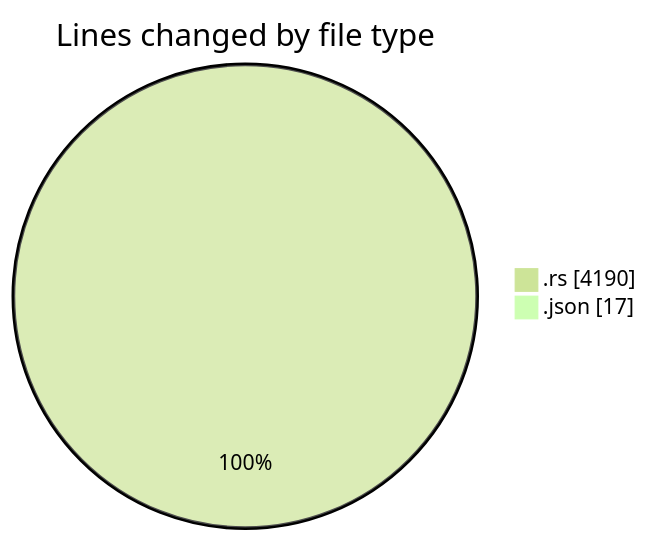
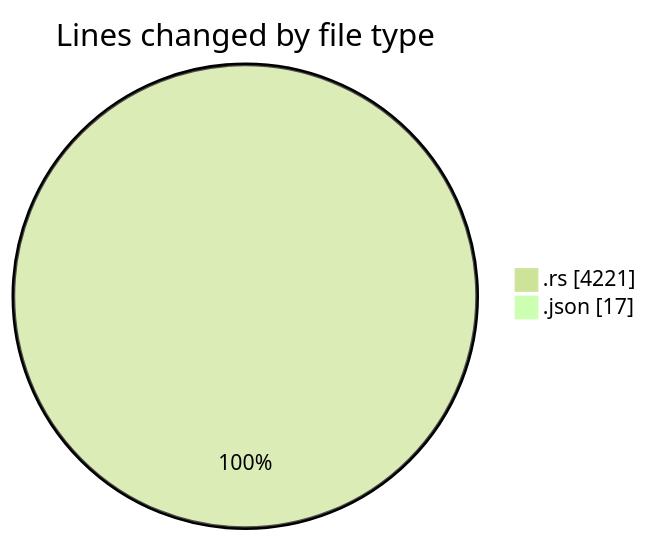
The first of 2 diagrams in 2025-12-28/rust/README.md (Ritupan-Deka/code-tracking), drawn with Mermaid (forest theme) before and after one commit. The commit also changed other lines of this file and 1 other file, not shown here.

````diff
--- a/2025-12-28/rust/README.md
+++ b/2025-12-28/rust/README.md
@@ -23,6 +23,6 @@
 ```mermaid
 pie showData
 title Lines changed by file type
-".rs" : 4190
+".rs" : 4221
 ".json" : 17
 ```
````
